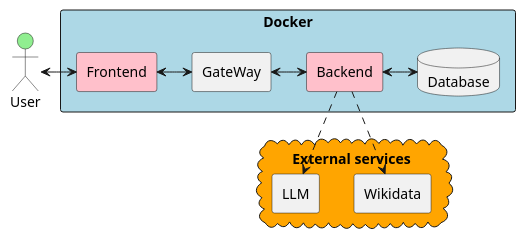
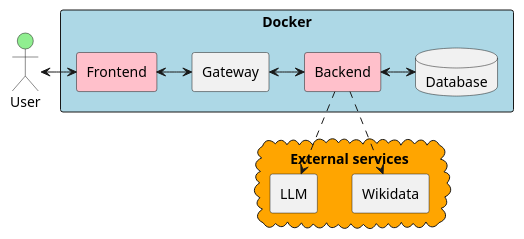
One commit to Arquisoft/wichat_en3b changed the second of 3 diagrams in docs/src/05_building_block_view.adoc. Above: the diagram before and after it, drawn with PlantUML. The commit also changed other lines of this file, not shown here.

```diff
--- a/docs/src/05_building_block_view.adoc
+++ b/docs/src/05_building_block_view.adoc
@@ -151,27 +151,27 @@
 [plantuml]
 ----
 @startuml
 
 actor User #lightgreen
 
 rectangle Docker #lightblue {
     rectangle "Frontend" as Web #pink
-    rectangle "GateWay" as Gateway 
+    rectangle "Gateway" as Gateway 
     rectangle "Backend" as Backend #pink
     database Database
 }
 
 cloud "External services" #orange {
     rectangle Wikidata 
     rectangle LLM 
 }
 
 User <-> Web
 Web <-> Gateway
 Gateway <-> Backend
 Backend <-> Database
 Backend ..> Wikidata
 Backend ..> LLM
 
 @enduml
 ----
```
